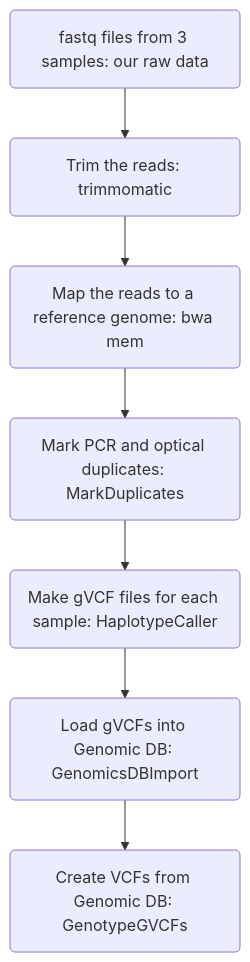
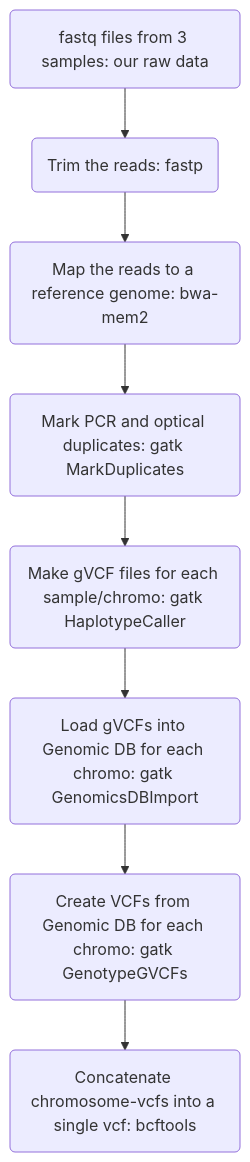
One commit to eriqande/con-gen-csu changed the first of 3 diagrams in slides/snake-slides.qmd. Above: the diagram before and after it, drawn with Mermaid. The commit also changed other lines of this file and 10 other files, not shown here.

````diff
--- a/slides/snake-slides.qmd
+++ b/slides/snake-slides.qmd
@@ -44,9 +44,10 @@
 ```{mermaid}
 flowchart TD
-  A(fastq files from 3 samples: our raw data) --> B(Trim the reads: trimmomatic)
-  B --> C(Map the reads to a reference genome: bwa mem)
-  C --> D(Mark PCR and optical duplicates: MarkDuplicates)
-  D --> E(Make gVCF files for each sample: HaplotypeCaller)
-  E --> F(Load gVCFs into Genomic DB: GenomicsDBImport)
-  F --> G(Create VCFs from Genomic DB: GenotypeGVCFs)
+  A(fastq files from 3 samples: our raw data) --> B(Trim the reads: fastp)
+  B --> C(Map the reads to a reference genome: bwa-mem2)
+  C --> D(Mark PCR and optical duplicates: gatk MarkDuplicates)
+  D --> E(Make gVCF files for each sample/chromo: gatk HaplotypeCaller)
+  E --> F(Load gVCFs into Genomic DB for each chromo: gatk GenomicsDBImport)
+  F --> G(Create VCFs from Genomic DB for each chromo: gatk GenotypeGVCFs)
+  G --> H(Concatenate chromosome-vcfs into a single vcf: bcftools)
 ```
````
